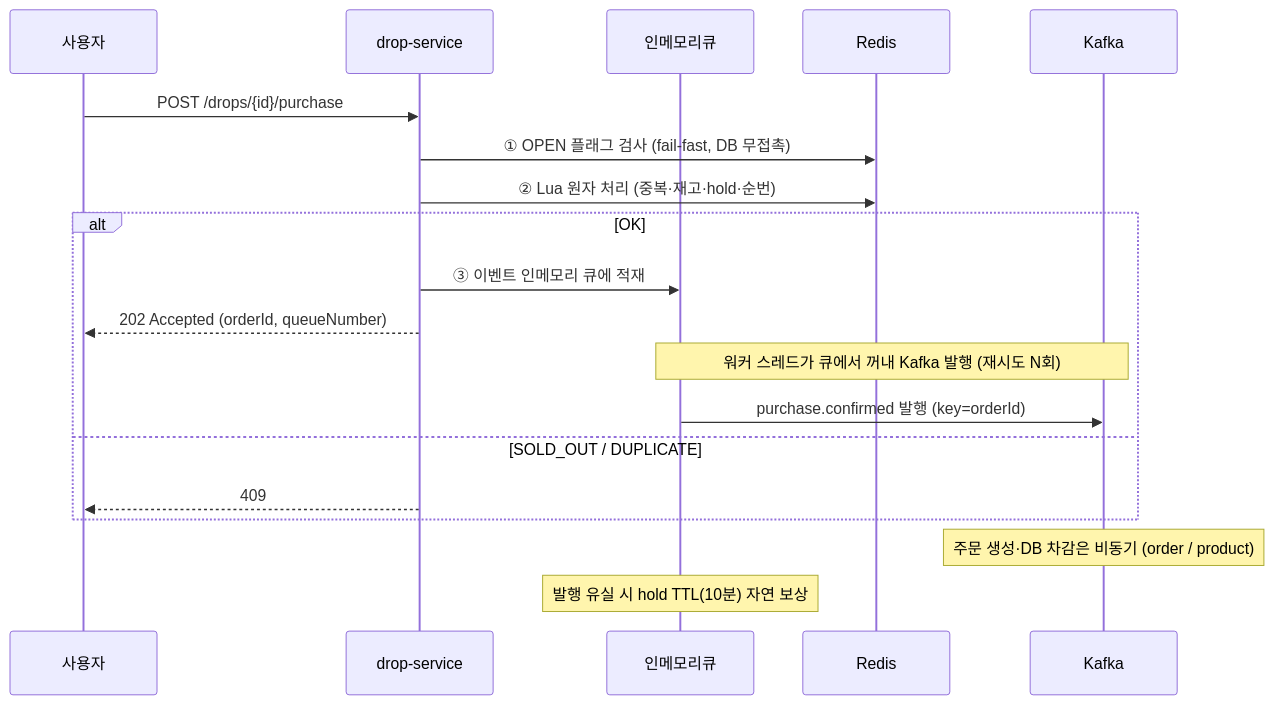
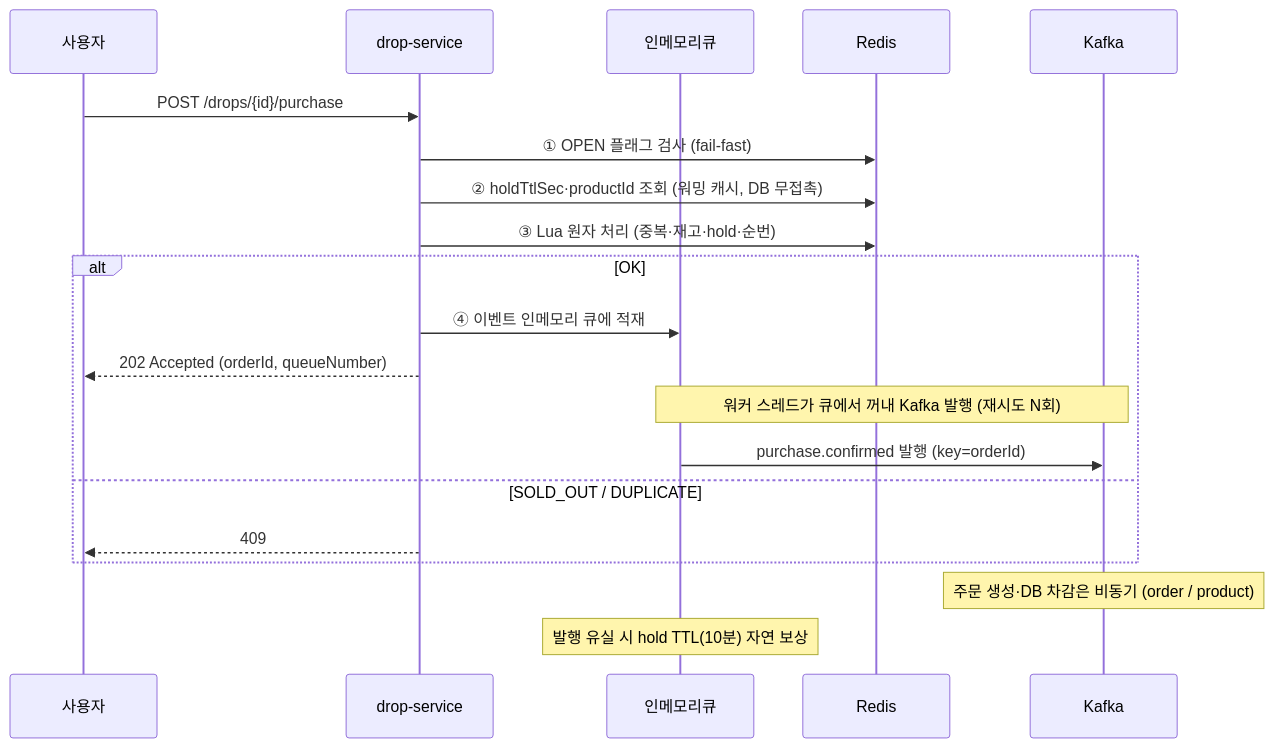
The second of 2 diagrams in services/drop-service/README.md (OMC-2/OMC), drawn with Mermaid before and after one commit. The commit also changed other lines of this file and 3 other files, not shown here.

````diff
--- a/services/drop-service/README.md
+++ b/services/drop-service/README.md
@@ -46,22 +50,23 @@
 ```mermaid
 sequenceDiagram
     participant U as 사용자
     participant D as drop-service
     participant Q as 인메모리큐
     participant R as Redis
     participant K as Kafka
 
     U->>D: POST /drops/{id}/purchase
-    D->>R: ① OPEN 플래그 검사 (fail-fast, DB 무접촉)
-    D->>R: ② Lua 원자 처리 (중복·재고·hold·순번)
+    D->>R: ① OPEN 플래그 검사 (fail-fast)
+    D->>R: ② holdTtlSec·productId 조회 (워밍 캐시, DB 무접촉)
+    D->>R: ③ Lua 원자 처리 (중복·재고·hold·순번)
     alt OK
-        D->>Q: ③ 이벤트 인메모리 큐에 적재
+        D->>Q: ④ 이벤트 인메모리 큐에 적재
         D-->>U: 202 Accepted (orderId, queueNumber)
         Note over Q,K: 워커 스레드가 큐에서 꺼내 Kafka 발행 (재시도 N회)
         Q->>K: purchase.confirmed 발행 (key=orderId)
     else SOLD_OUT / DUPLICATE
         D-->>U: 409
     end
     Note over K: 주문 생성·DB 차감은 비동기 (order / product)
     Note over Q: 발행 유실 시 hold TTL(10분) 자연 보상
 ```
````
